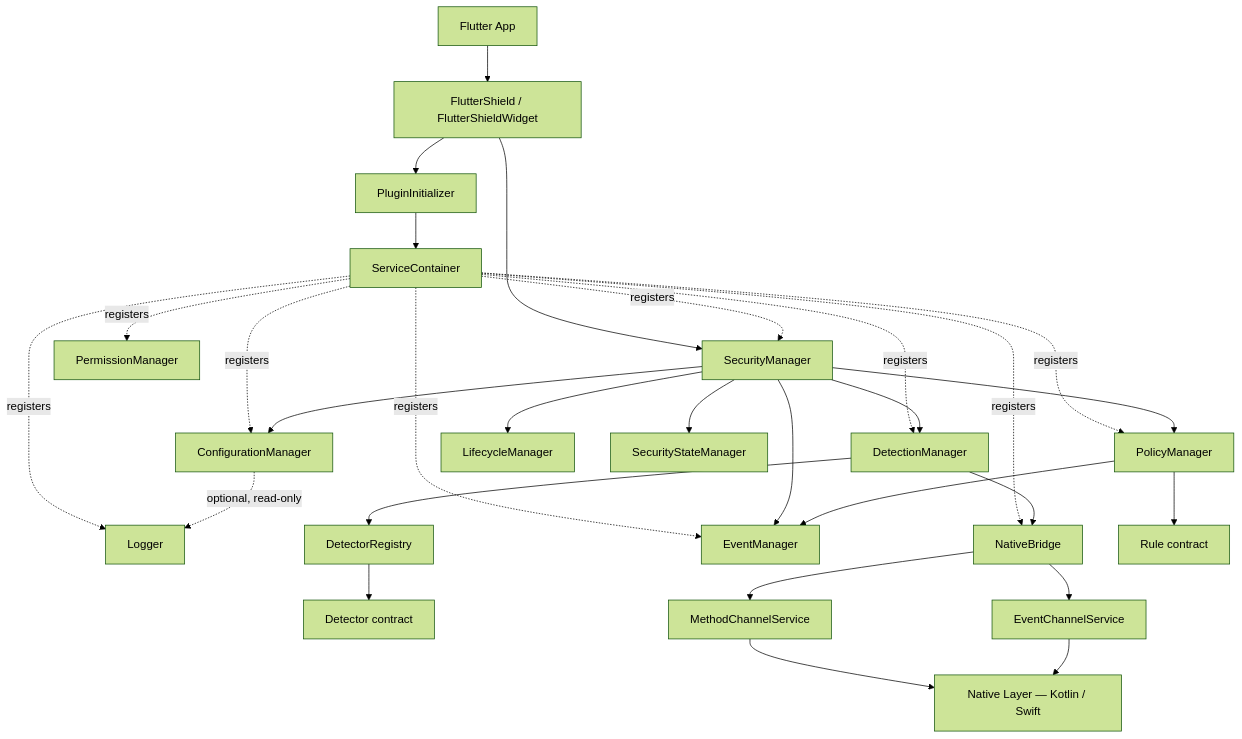
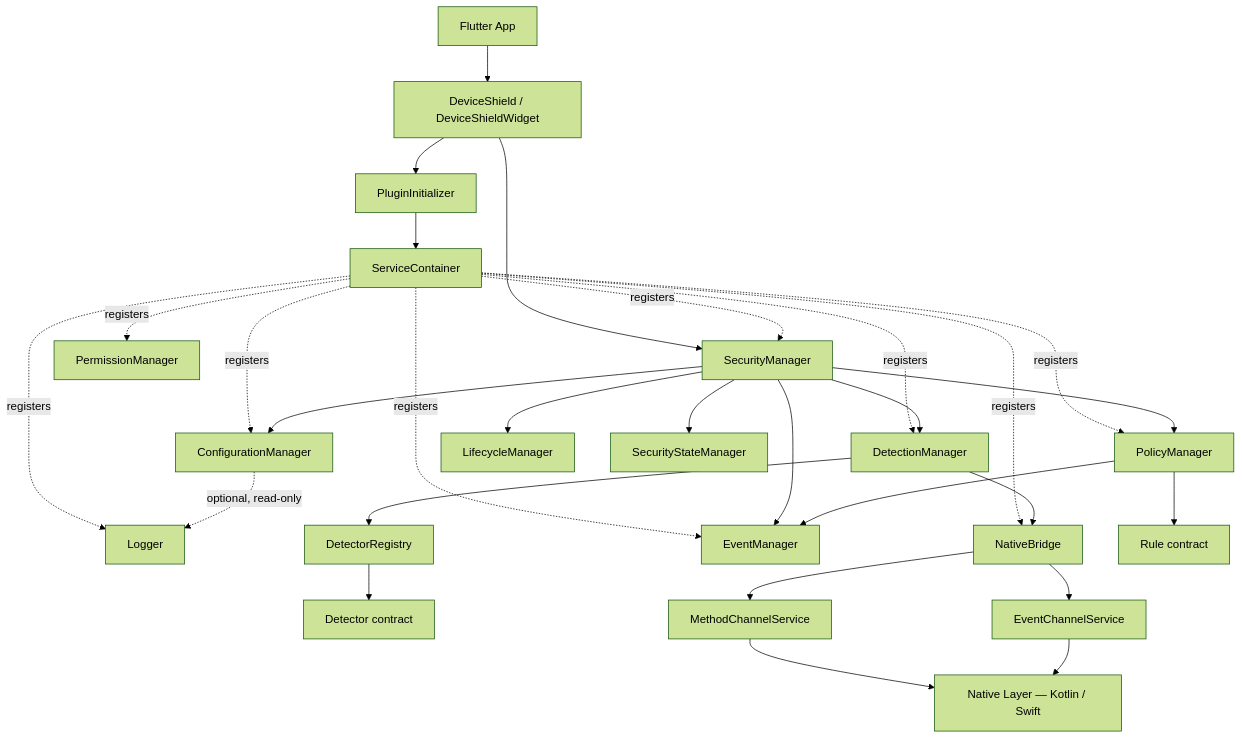
One commit to Vikaskumar75/device-shield changed the first of 6 diagrams in ARCHITECTURE.md. Above: the diagram before and after it, drawn with Mermaid (forest theme). The commit also changed other lines of this file and 225 other files, not shown here.

First line of the commit message:
Add documentation for device_shield including FAQ, troubleshooting, installation, and platform setup

````diff
--- a/ARCHITECTURE.md
+++ b/ARCHITECTURE.md
@@ -49,31 +49,31 @@
 ```mermaid
 flowchart TD
-    APP["Flutter App"] --> API["FlutterShield / FlutterShieldWidget"]
+    APP["Flutter App"] --> API["DeviceShield / DeviceShieldWidget"]
     API --> INIT["PluginInitializer"]
     API --> SM["SecurityManager"]
     INIT --> DI["ServiceContainer"]
     DI -. registers .-> LOG["Logger"]
     DI -. registers .-> PERM["PermissionManager"]
     DI -. registers .-> CFG["ConfigurationManager"]
     DI -. registers .-> NB["NativeBridge"]
     DI -. registers .-> EVT["EventManager"]
     DI -. registers .-> DET["DetectionManager"]
     DI -. registers .-> POL["PolicyManager"]
     DI -. registers .-> SM
     SM --> DET
     SM --> POL
     SM --> EVT
     SM --> CFG
     SM --> LC["LifecycleManager"]
     SM --> SSM["SecurityStateManager"]
     DET --> REG["DetectorRegistry"]
     REG --> DC["Detector contract"]
     POL --> RC["Rule contract"]
     DET --> NB
     POL --> EVT
     NB --> MCS["MethodChannelService"]
     NB --> ECS["EventChannelService"]
     MCS --> NATIVE["Native Layer — Kotlin / Swift"]
     ECS --> NATIVE
     CFG -. optional, read-only .-> LOG
 ```
````
